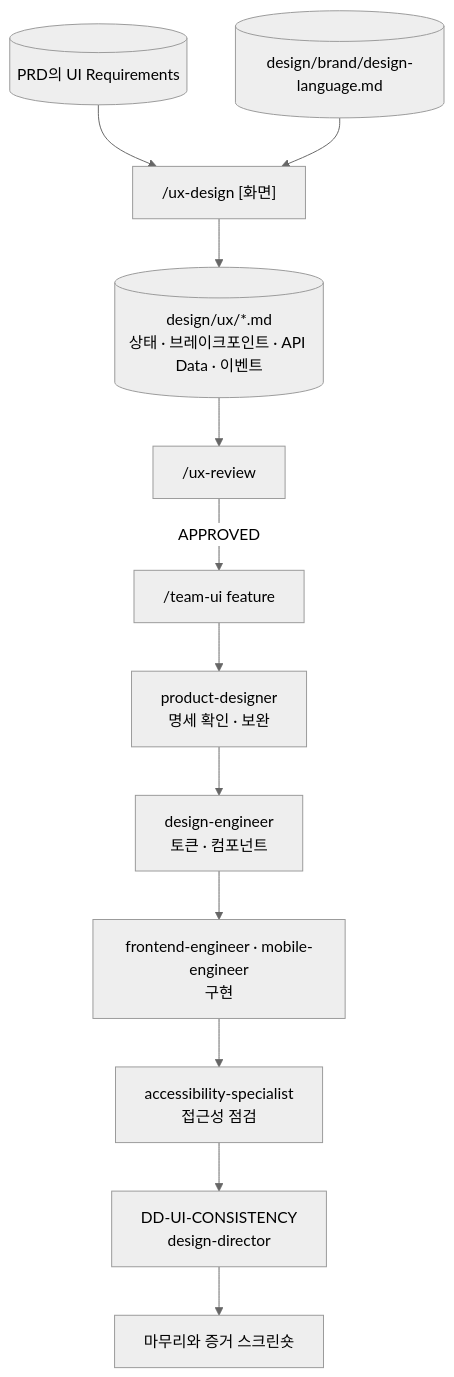
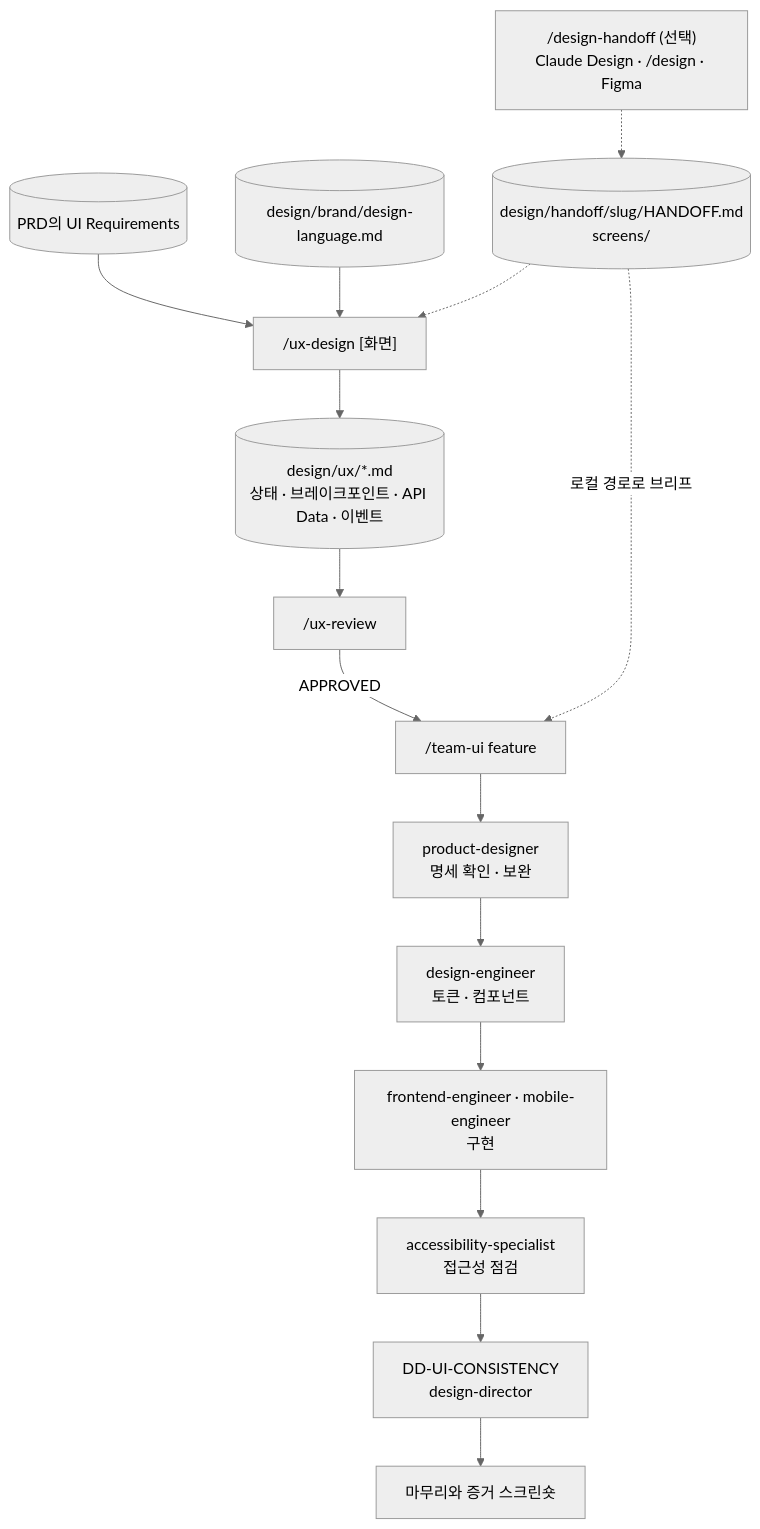
One commit to ababqq/claude-code-service-studios changed diagram 12 of 20 in docs/skill-flow-diagrams.md. Above: the diagram before and after it, drawn with Mermaid (neutral theme). The commit also changed other lines of this file and 124 other files, not shown here.

First line of the commit message:
feat: integrate Claude Design and Figma into the design process

````diff
--- a/docs/skill-flow-diagrams.md
+++ b/docs/skill-flow-diagrams.md
@@ -334,14 +337,17 @@
 ```mermaid
 flowchart TD
     prd[("PRD의 UI Requirements")] --> ux["/ux-design [화면]"]
     dl[("design/brand/design-language.md")] --> ux
+    dh["/design-handoff (선택)<br/>Claude Design · /design · Figma"] -.-> dhd[("design/handoff/slug/HANDOFF.md<br/>screens/")]
+    dhd -.-> ux
     ux --> uxd[("design/ux/*.md<br/>상태 · 브레이크포인트 · API Data · 이벤트")]
     uxd --> uxr["/ux-review"]
     uxr -->|"APPROVED"| tui["/team-ui feature"]
+    dhd -.->|"로컬 경로로 브리프"| tui
     tui --> pd["product-designer<br/>명세 확인 · 보완"]
     pd --> de["design-engineer<br/>토큰 · 컴포넌트"]
     de --> fe["frontend-engineer · mobile-engineer<br/>구현"]
     fe --> a11y["accessibility-specialist<br/>접근성 점검"]
     a11y --> ddu["DD-UI-CONSISTENCY<br/>design-director"]
     ddu --> polish["마무리와 증거 스크린숏"]
 ```
````
